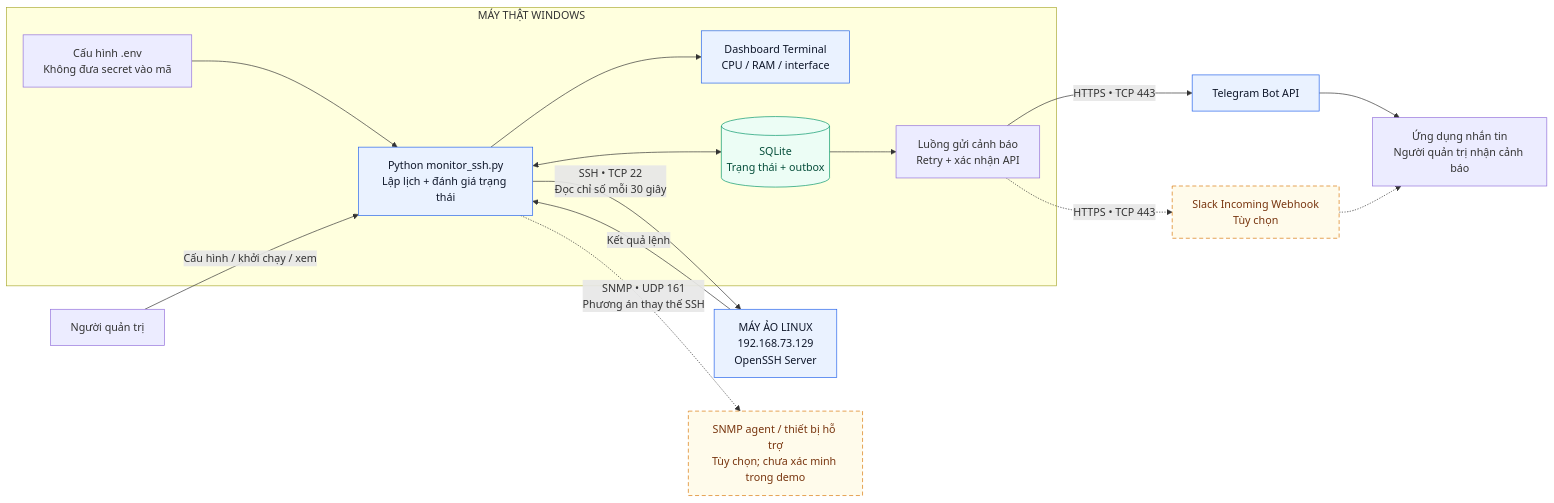
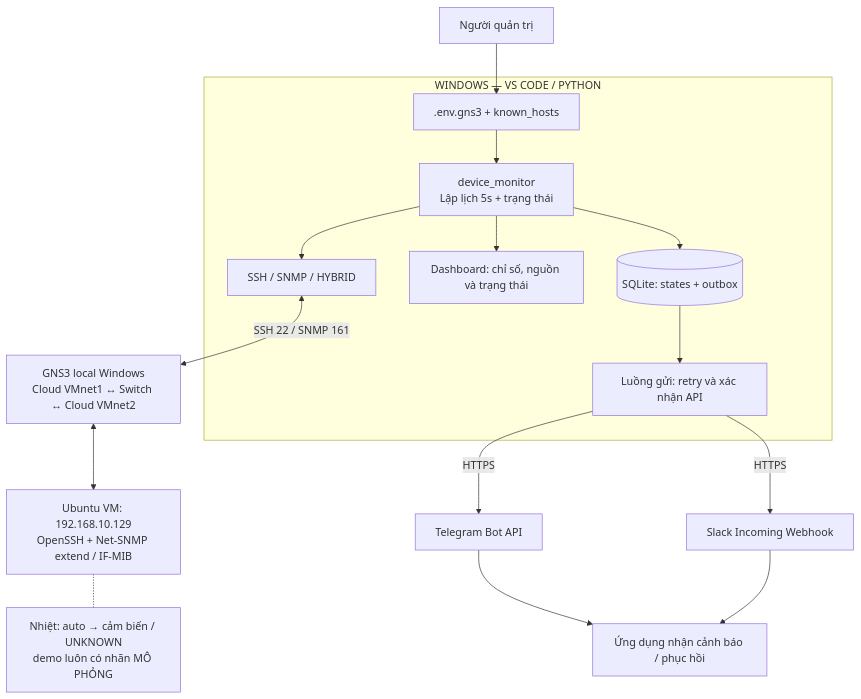
The first of 8 diagrams in docs/diagrams/SO_DO_MERMAID.md (tunato2807-del/qtmnc), drawn with Mermaid before and after one commit. The commit also changed other lines of this file and 68 other files, not shown here.

Commit message:
Rebuild monitoring project for GNS3 SSH SNMP lab with detailed Windows guide

````diff
--- a/docs/diagrams/SO_DO_MERMAID.md
+++ b/docs/diagrams/SO_DO_MERMAID.md
@@ -9,34 +7,27 @@
 ```mermaid
-flowchart LR
+flowchart TB
     admin["Người quản trị"]
-    subgraph pc["MÁY THẬT WINDOWS"]
-        env["Cấu hình .env<br/>Không đưa secret vào mã"]
-        core["Python monitor_ssh.py<br/>Lập lịch + đánh giá trạng thái"]
-        ui["Dashboard Terminal<br/>CPU / RAM / interface"]
-        db[("SQLite<br/>Trạng thái + outbox")]
-        sender["Luồng gửi cảnh báo<br/>Retry + xác nhận API"]
-        env --> core
-        core --> ui
-        core <--> db
-        db --> sender
+    subgraph win["WINDOWS — VS CODE / PYTHON"]
+      env[".env.gns3 + known_hosts"]
+      app["device_monitor<br/>Lập lịch 5s + trạng thái"]
+      collectors["SSH / SNMP / HYBRID"]
+      ui["Dashboard: chỉ số, nguồn và trạng thái"]
+      db[("SQLite: states + outbox")]
+      sender["Luồng gửi: retry và xác nhận API"]
+      env --> app --> collectors
+      app --> ui
+      app --> db --> sender
     end
-    linux["MÁY ẢO LINUX<br/>192.168.73.129<br/>OpenSSH Server"]
-    agent["SNMP agent / thiết bị hỗ trợ<br/>Tùy chọn; chưa xác minh trong demo"]
-    telegram["Telegram Bot API"]
-    slack["Slack Incoming Webhook<br/>Tùy chọn"]
-    app["Ứng dụng nhắn tin<br/>Người quản trị nhận cảnh báo"]
-    admin -->|"Cấu hình / khởi chạy / xem"| core
-    core -->|"SSH • TCP 22<br/>Đọc chỉ số mỗi 30 giây"| linux
-    linux -->|"Kết quả lệnh"| core
-    core -. "SNMP • UDP 161<br/>Phương án thay thế SSH" .-> agent
-    sender -->|"HTTPS • TCP 443"| telegram
-    sender -. "HTTPS • TCP 443" .-> slack
-    telegram --> app
-    slack -.-> app
-    classDef primary fill:#eaf2ff,stroke:#2563eb,color:#0f172a;
-    classDef storage fill:#ecfdf5,stroke:#059669,color:#064e3b;
-    classDef optional fill:#fffbeb,stroke:#d97706,stroke-dasharray:6 4,color:#78350f;
-    class core,linux,telegram,ui primary;
-    class db storage;
-    class agent,slack optional;
+    gns["GNS3 local Windows<br/>Cloud VMnet1 ↔ Switch ↔ Cloud VMnet2"]
+    linux["Ubuntu VM: 192.168.10.129<br/>OpenSSH + Net-SNMP extend / IF-MIB"]
+    temp["Nhiệt: auto → cảm biến / UNKNOWN<br/>demo luôn có nhãn MÔ PHỎNG"]
+    tg["Telegram Bot API"]
+    slack["Slack Incoming Webhook"]
+    receiver["Ứng dụng nhận cảnh báo / phục hồi"]
+    admin --> env
+    collectors <-->|"SSH 22 / SNMP 161"| gns
+    gns <--> linux
+    linux -.- temp
+    sender -->|"HTTPS"| tg --> receiver
+    sender -->|"HTTPS"| slack --> receiver
 ```
````
